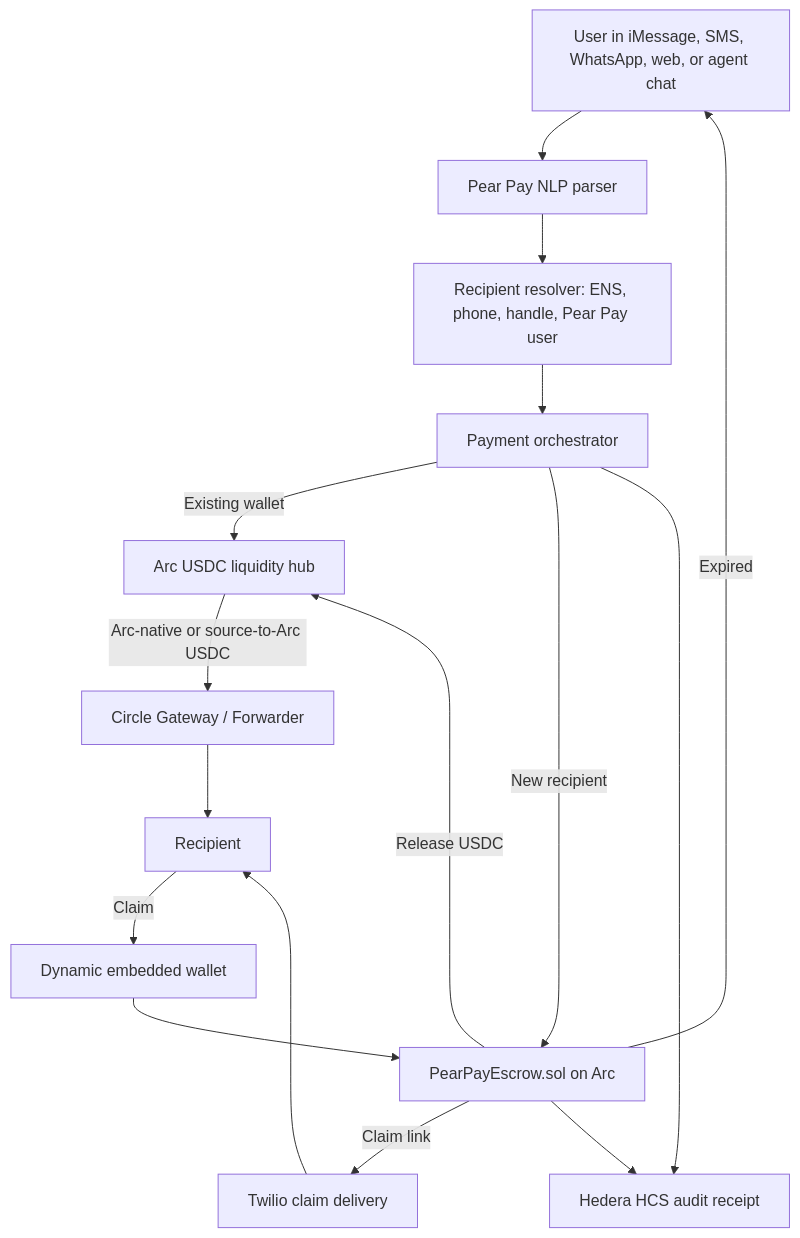
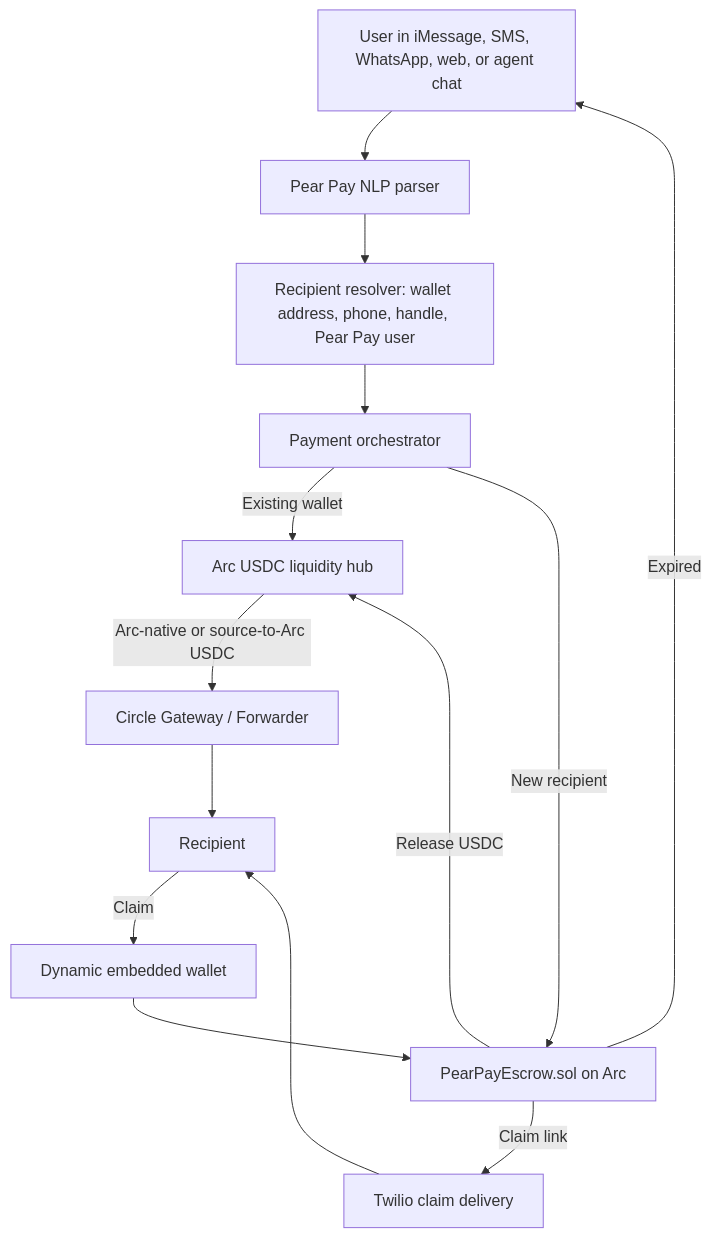
Before and after one commit to mollybeach/pearpay: the diagram in docs/ARC_BOUNTY.md, drawn with Mermaid. The commit also changed other lines of this file and 2 other files, not shown here.

Commit message:
chore(docs): Remove Hedera/ENS references and update docs
Streamline docs to focus on Arc: remove Hedera track/deploy instructions and Hedera HCS audit mentions from contracts/README.md and ARC_BOUNTY.md, and delete the duplicate Hedera deploy example. Remove ENS from the Conversational payments attribution and replace the resolver label with "wallet address" in the ARC_BOUNTY flowchart. Also update the user example from an ENS name (molly.eth) to a phone number (+12065550100). These changes simplify the documentation to target Arc-only flows and update related examples and diagrams.

````diff
--- a/docs/ARC_BOUNTY.md
+++ b/docs/ARC_BOUNTY.md
@@ -46,26 +44,23 @@
 ```mermaid
 flowchart TD
   User[User in iMessage, SMS, WhatsApp, web, or agent chat]
   NLP[Pear Pay NLP parser]
-  Resolve[Recipient resolver: ENS, phone, handle, Pear Pay user]
+  Resolve[Recipient resolver: wallet address, phone, handle, Pear Pay user]
   Route[Payment orchestrator]
   Arc[Arc USDC liquidity hub]
   Escrow[PearPayEscrow.sol on Arc]
   Circle[Circle Gateway / Forwarder]
   Wallet[Dynamic embedded wallet]
   Twilio[Twilio claim delivery]
-  HCS[Hedera HCS audit receipt]
   Recipient[Recipient]
 
   User --> NLP --> Resolve --> Route
   Route -->|Existing wallet| Arc
   Arc -->|Arc-native or source-to-Arc USDC| Circle
   Circle --> Recipient
   Route -->|New recipient| Escrow
   Escrow -->|Claim link| Twilio --> Recipient
   Recipient -->|Claim| Wallet --> Escrow
   Escrow -->|Release USDC| Arc
   Escrow -->|Expired| User
-  Route --> HCS
-  Escrow --> HCS
 ```
````
